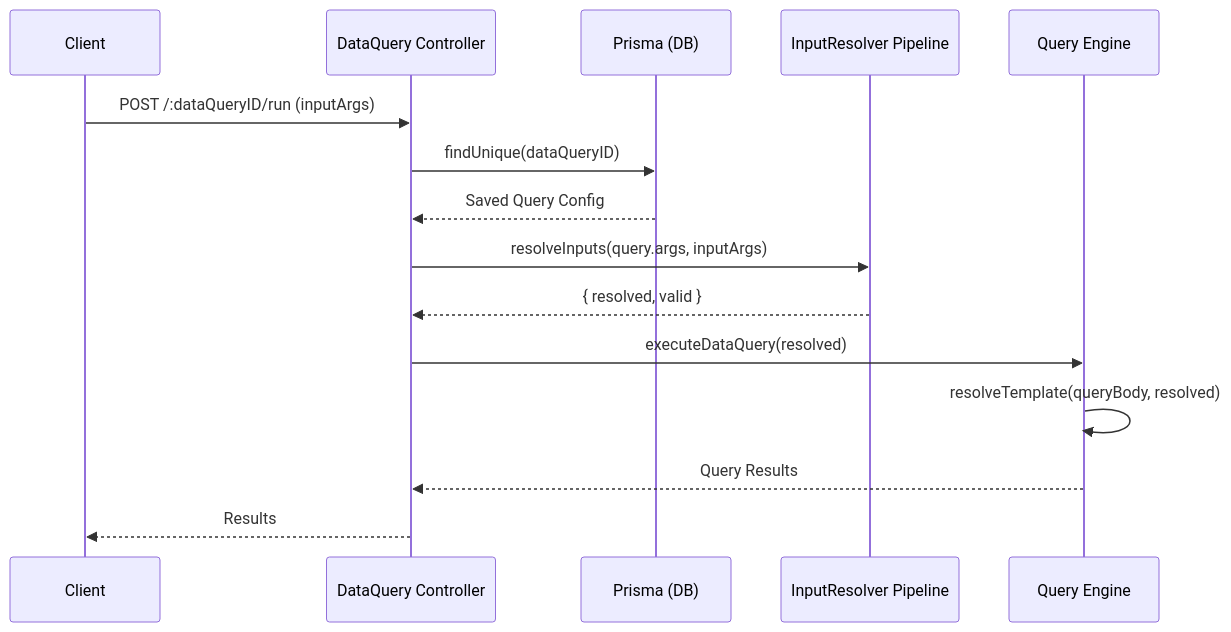
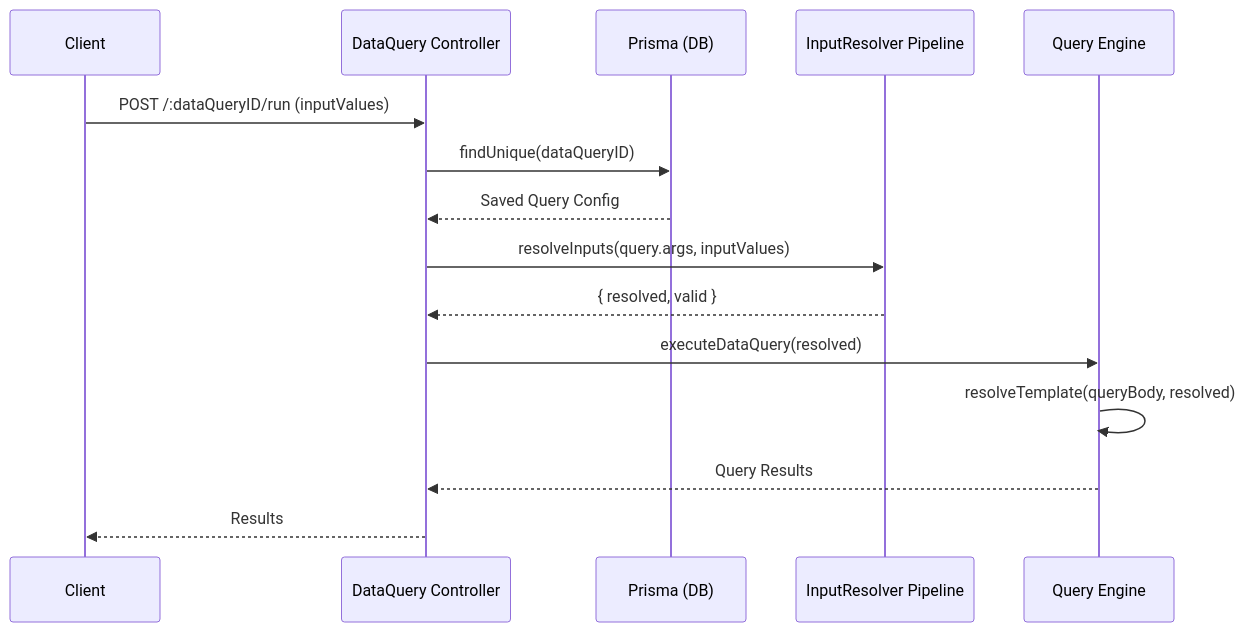
One commit to Jet-labs/jet-admin changed the third of 5 diagrams in docs/docs/concepts/input-lifecycle.md. Above: the diagram before and after it, drawn with Mermaid. The commit also changed other lines of this file and 135 other files, not shown here.

````diff
--- a/docs/docs/concepts/input-lifecycle.md
+++ b/docs/docs/concepts/input-lifecycle.md
@@ -196,18 +196,18 @@
 ```mermaid
 sequenceDiagram
     participant Client
     participant API as DataQuery Controller
     participant DB as Prisma (DB)
     participant Pipe as InputResolver Pipeline
     participant Eng as Query Engine
 
-    Client->>API: POST /:dataQueryID/run (inputArgs)
+    Client->>API: POST /:dataQueryID/run (inputValues)
     API->>DB: findUnique(dataQueryID)
     DB-->>API: Saved Query Config
-    API->>Pipe: resolveInputs(query.args, inputArgs)
+    API->>Pipe: resolveInputs(query.args, inputValues)
     Pipe-->>API: { resolved, valid }
     API->>Eng: executeDataQuery(resolved)
     Eng->>Eng: resolveTemplate(queryBody, resolved)
     Eng-->>API: Query Results
     API-->>Client: Results
 ```
````
